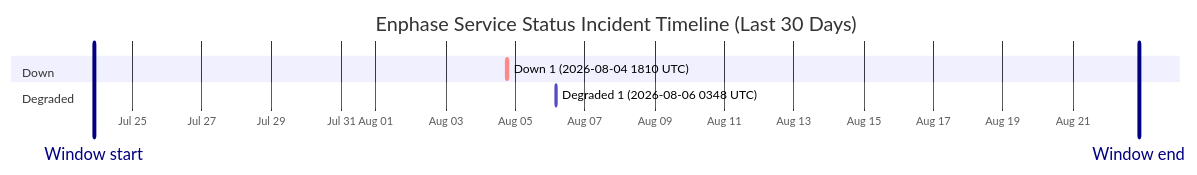
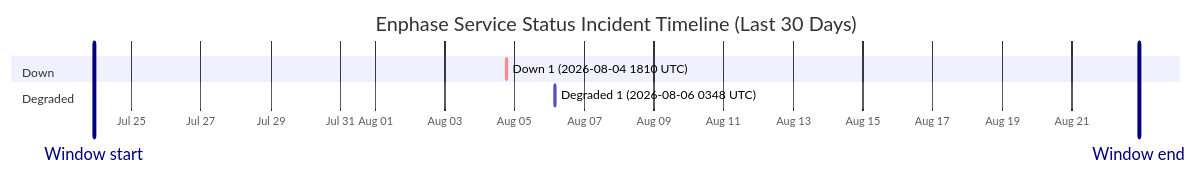
One commit to barneyonline/ha-enphase-energy changed the diagram in wiki/Service-Status-History.md. Above: the diagram before and after it, drawn with Mermaid. The commit also changed other lines of this file and 3 other files, not shown here.

````diff
--- a/wiki/Service-Status-History.md
+++ b/wiki/Service-Status-History.md
@@ -14,12 +14,12 @@
 ```mermaid
 gantt
     title Enphase Service Status Incident Timeline (Last 30 Days)
     dateFormat  YYYY-MM-DDTHH:mm:ss
     axisFormat  %b %d
-    Window start :vert, window-start, 2026-07-23T21:45:22, 0ms
-    Window end :vert, window-end, 2026-08-22T21:45:22, 0ms
+    Window start :vert, window-start, 2026-07-23T22:19:08, 0ms
+    Window end :vert, window-end, 2026-08-22T22:19:08, 0ms
     section Down
     Down 1 (2026-08-04 1810 UTC) :crit, down-1, 2026-08-04T18:10:46, 60m
     section Degraded
     Degraded 1 (2026-08-06 0348 UTC) :active, degraded-1, 2026-08-06T03:48:14, 60m
 ```
````
